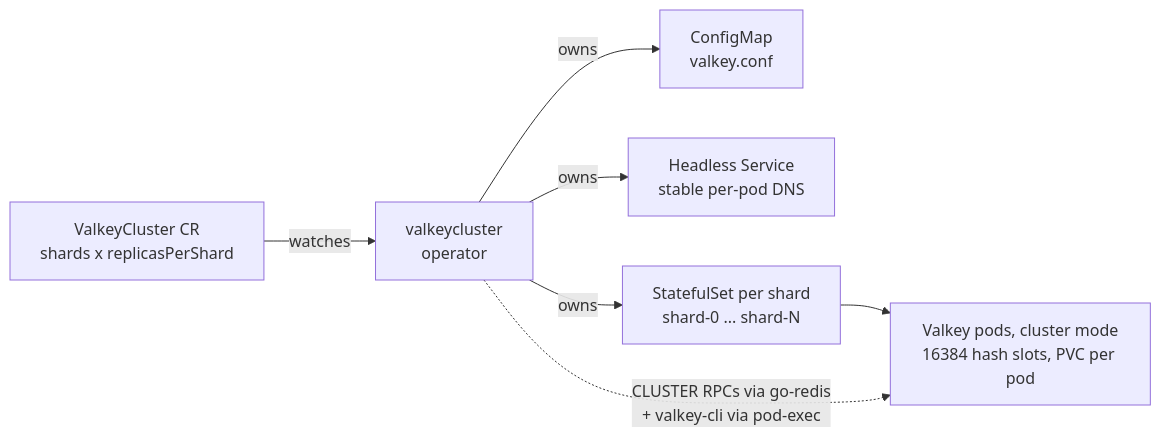
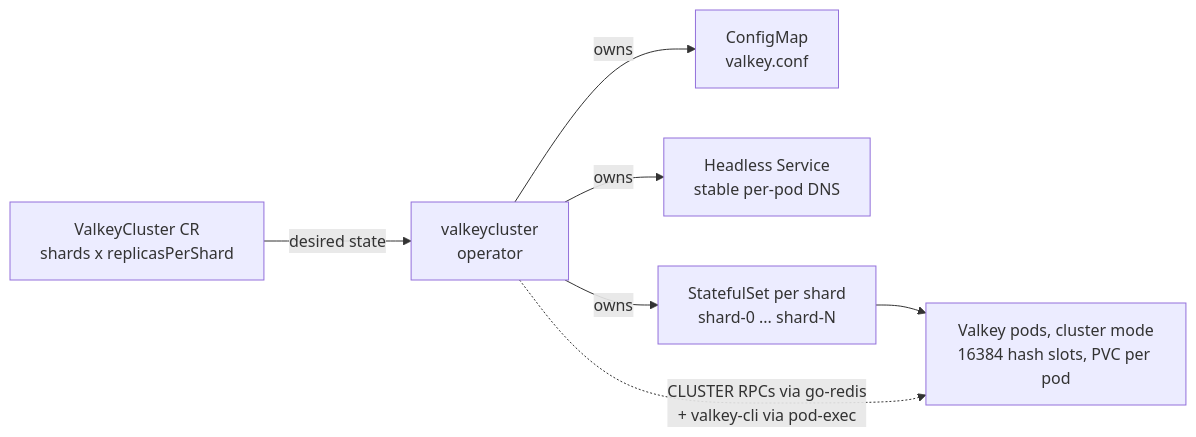
One commit to razkevich/valkeycluster-operator changed the first of 2 diagrams in README.md. Above: the diagram before and after it, drawn with Mermaid. The commit also changed 2 other files, not shown here.

Commit message:
docs: label CR->operator edge 'desired state' (the operator watches the CR, not vice versa)

````diff
--- a/README.md
+++ b/README.md
@@ -65,9 +65,9 @@
 ```mermaid
 flowchart LR
-  CR["ValkeyCluster CR<br/>shards x replicasPerShard"] -->|watches| OP["valkeycluster<br/>operator"]
+  CR["ValkeyCluster CR<br/>shards x replicasPerShard"] -->|desired state| OP["valkeycluster<br/>operator"]
   OP -->|owns| CM["ConfigMap<br/>valkey.conf"]
   OP -->|owns| SVC["Headless Service<br/>stable per-pod DNS"]
   OP -->|owns| STS["StatefulSet per shard<br/>shard-0 ... shard-N"]
   STS --> POD["Valkey pods, cluster mode<br/>16384 hash slots, PVC per pod"]
   OP -.->|"CLUSTER RPCs via go-redis<br/>+ valkey-cli via pod-exec"| POD
 ```
````
